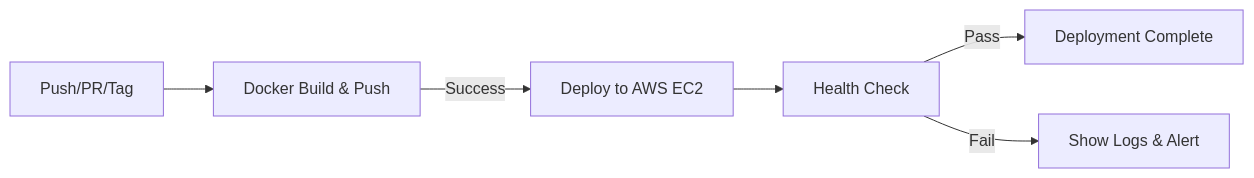
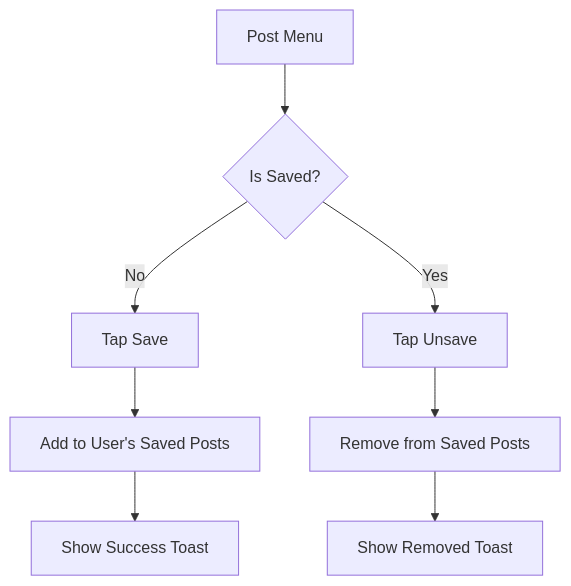
One commit to Forumus/Forumus-client changed diagram 12 of 36 in README.md. Above: the diagram before and after it, drawn with Mermaid. The commit also changed other lines of this file, not shown here.

````diff
--- a/README.md
+++ b/README.md
@@ -602,8 +603,10 @@
 ```mermaid
-flowchart LR
-    Trigger[Push/PR/Tag] --> Build[Docker Build & Push]
-    Build -->|Success| Deploy[Deploy to AWS EC2]
-    Deploy --> Health[Health Check]
-    Health -->|Pass| Success[Deployment Complete]
-    Health -->|Fail| Rollback[Show Logs & Alert]
+flowchart TD
+    A[Post Menu] --> B{Is Saved?}
+    B -->|No| C[Tap Save]
+    C --> D[Add to User's Saved Posts]
+    D --> E[Show Success Toast]
+    B -->|Yes| F[Tap Unsave]
+    F --> G[Remove from Saved Posts]
+    G --> H[Show Removed Toast]
 ```
````
